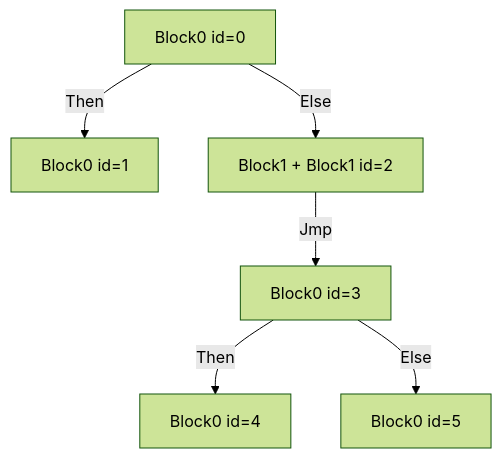
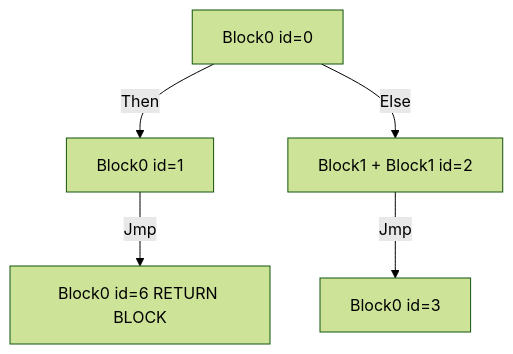
The eighth of 10 diagrams in README.md (defkit/branching_overview), drawn with Mermaid (forest theme) before and after one commit. The commit also changed other lines of this file, not shown here.

````diff
--- a/README.md
+++ b/README.md
@@ -91,8 +98,8 @@
 ```mermaid
 graph TD;
     b0[Block0 id=0]-->|Then| b1[Block0 id=1]
     b0[Block0 id=0]-->|Else| b2[Block1 + Block1 id=2]
     b2-->|Jmp| b3[Block0 id=3]
-    b3-->|Then| b4[Block0 id=4]
-    b3-->|Else| b5[Block0 id=5]
+    b1-->|Jmp| b6
+    b6[Block0 id=6 RETURN BLOCK]
 ```
````
